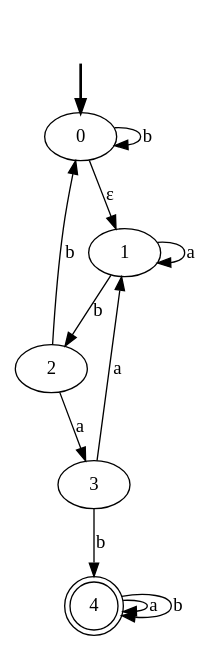
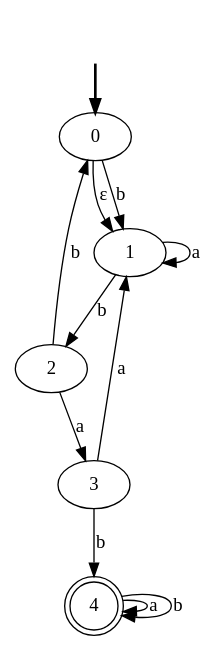
Before and after one commit to RacimRgh/Automata-Theory-Algorithms: the diagram in Results/abab.dot, drawn with Graphviz. The commit also changed 16 other files, not shown here.

```diff
--- a/Results/abab.dot
+++ b/Results/abab.dot
@@ -1,19 +1,19 @@
 digraph {
 	fake [style=invisible]
 	1
 	4 [shape=doublecircle]
 	2
+	0 [root=true]
 	3
-	0 [root=true]
 	fake -> 0 [style=bold]
 	0 -> 1 [label="ε"]
-	0 -> 0 [label=b]
+	0 -> 1 [label=b]
 	1 -> 1 [label=a]
 	1 -> 2 [label=b]
 	2 -> 3 [label=a]
 	2 -> 0 [label=b]
 	3 -> 1 [label=a]
 	3 -> 4 [label=b]
 	4 -> 4 [label=a]
 	4 -> 4 [label=b]
 }
```
